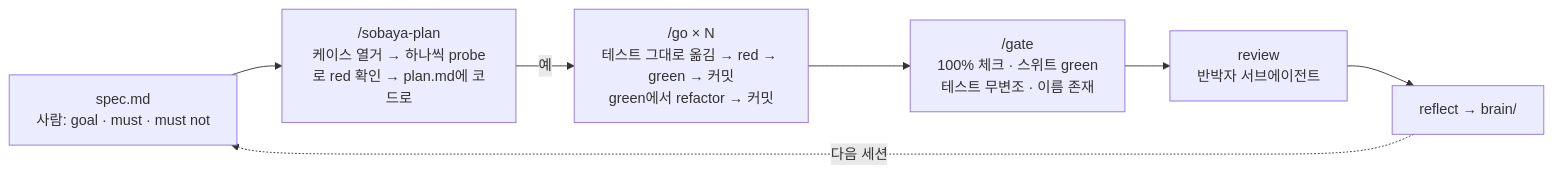
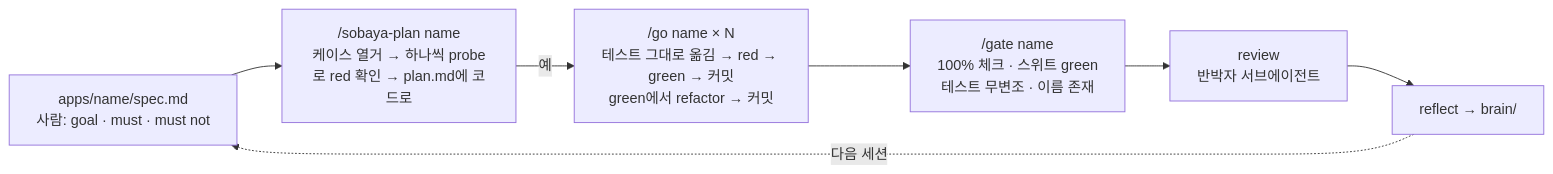
The diagram in README.ko.md (team-poem/sobaya), drawn with Mermaid before and after one commit. The commit also changed other lines of this file and 18 other files, not shown here.

First line of the commit message:
refactor(tdd-set): Run everything from the sobaya root, apps carry three files

````diff
--- a/README.ko.md
+++ b/README.ko.md
@@ -27,9 +27,9 @@
 ```mermaid
 flowchart LR
-    S["spec.md<br>사람: goal · must · must not"] --> P["/sobaya-plan<br>케이스 열거 → 하나씩 probe로 red 확인 → plan.md에 코드로"]
-    P -- 예 --> G["/go × N<br>테스트 그대로 옮김 → red → green → 커밋<br>green에서 refactor → 커밋"]
-    G --> T["/gate<br>100% 체크 · 스위트 green<br>테스트 무변조 · 이름 존재"]
+    S["apps/name/spec.md<br>사람: goal · must · must not"] --> P["/sobaya-plan name<br>케이스 열거 → 하나씩 probe로 red 확인 → plan.md에 코드로"]
+    P -- 예 --> G["/go name × N<br>테스트 그대로 옮김 → red → green → 커밋<br>green에서 refactor → 커밋"]
+    G --> T["/gate name<br>100% 체크 · 스위트 green<br>테스트 무변조 · 이름 존재"]
     T --> R["review<br>반박자 서브에이전트"]
     R --> F["reflect → brain/"]
     F -. 다음 세션 .-> S
 ```
````
